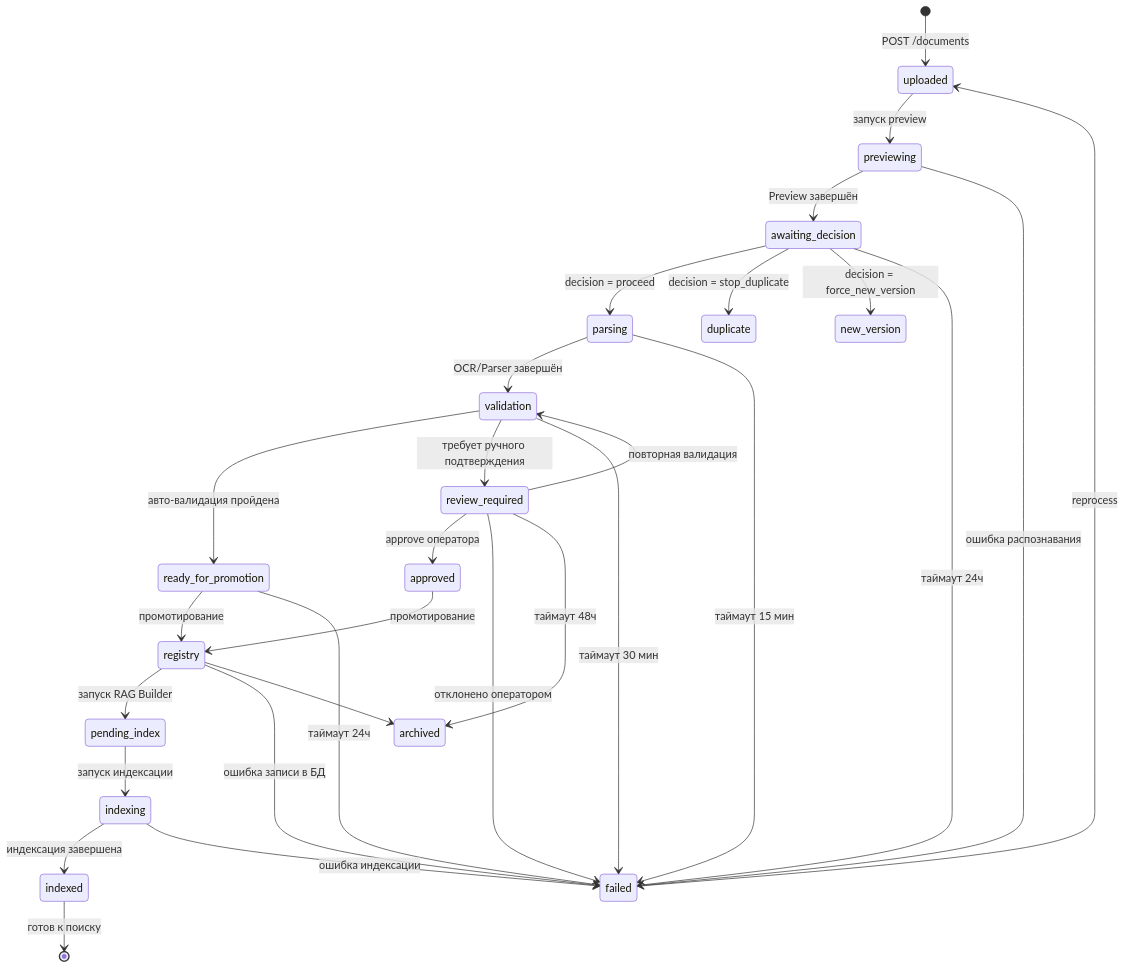
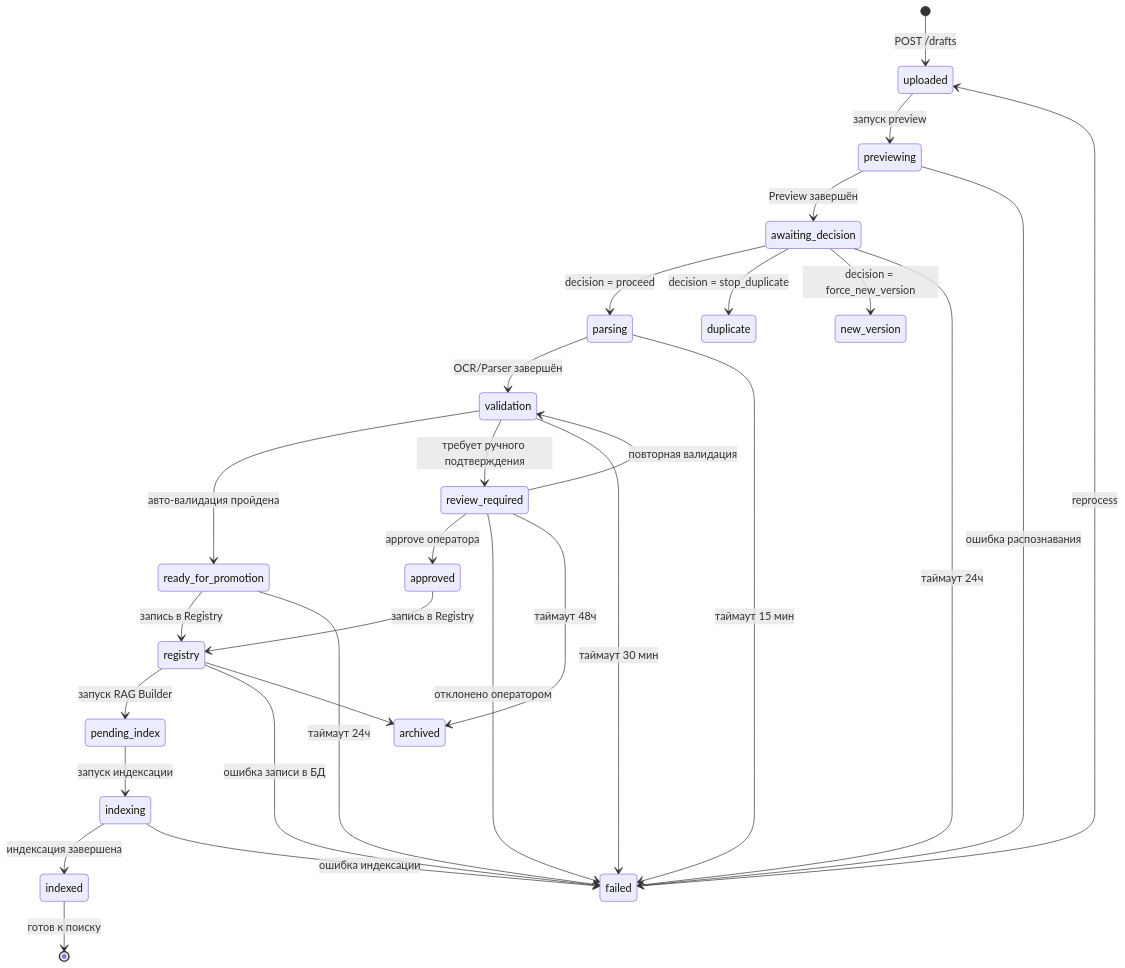
Before and after one commit to MasterKSAF/PKB: the second of 4 diagrams in docs/pipelines/pipeline1-formation.md, drawn with Mermaid. The commit also changed other lines of this file and 13 other files, not shown here.

````diff
--- a/docs/pipelines/pipeline1-formation.md
+++ b/docs/pipelines/pipeline1-formation.md
@@ -248,40 +250,40 @@
 ```mermaid
 stateDiagram-v2
-    [*] --> uploaded : POST /documents
+    [*] --> uploaded : POST /drafts
     uploaded --> previewing : запуск preview
     previewing --> awaiting_decision : Preview завершён
     previewing --> failed : ошибка распознавания
 
     awaiting_decision --> parsing : decision = proceed
     awaiting_decision --> duplicate : decision = stop_duplicate
     awaiting_decision --> new_version : decision = force_new_version
     awaiting_decision --> failed : таймаут 24ч
 
     parsing --> validation : OCR/Parser завершён
     parsing --> failed : таймаут 15 мин
 
     validation --> ready_for_promotion : авто-валидация пройдена
     validation --> review_required : требует ручного подтверждения
     validation --> failed : таймаут 30 мин
 
     review_required --> approved : approve оператора
     review_required --> validation : повторная валидация
     review_required --> failed : отклонено оператором
     review_required --> archived : таймаут 48ч
 
-    ready_for_promotion --> registry : промотирование
+    ready_for_promotion --> registry : запись в Registry
     ready_for_promotion --> failed : таймаут 24ч
 
-    approved --> registry : промотирование
+    approved --> registry : запись в Registry
 
     registry --> pending_index : запуск RAG Builder
     registry --> failed : ошибка записи в БД
     registry --> archived
 
     pending_index --> indexing : запуск индексации
     indexing --> indexed : индексация завершена
     indexing --> failed : ошибка индексации
     indexed --> [*] : готов к поиску
 
     failed --> uploaded : reprocess
 ```
````
